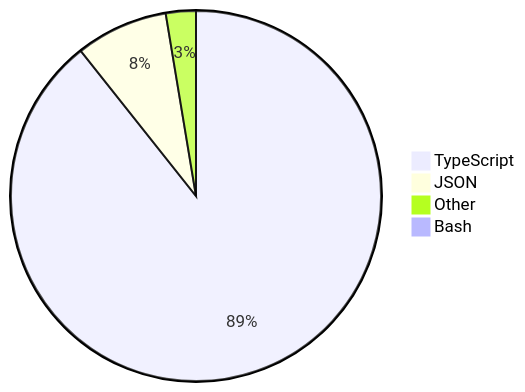
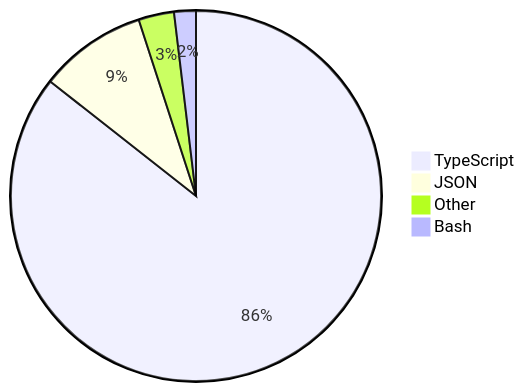
The diagram in README.md (skvggor/skvggor), drawn with Mermaid before and after one commit.

Commit message:
Updated waka-readme graph with new metrics

````diff
--- a/README.md
+++ b/README.md
@@ -28,7 +28,7 @@
 ```mermaid
 pie
-    "TypeScript" : 88.6
-    "JSON" : 8.0
-    "Other" : 2.6
-    "Bash" : 0.7
+    "TypeScript" : 85.6
+    "JSON" : 9.4
+    "Other" : 3.1
+    "Bash" : 1.9
 ```
````
